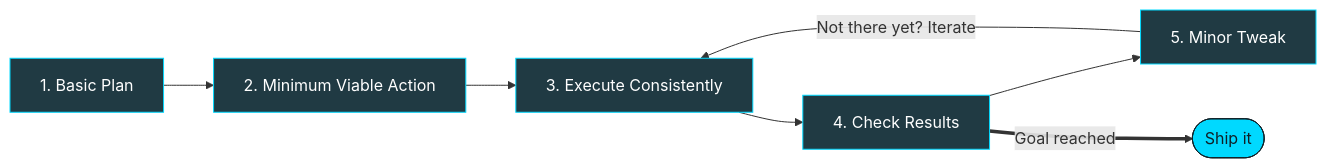
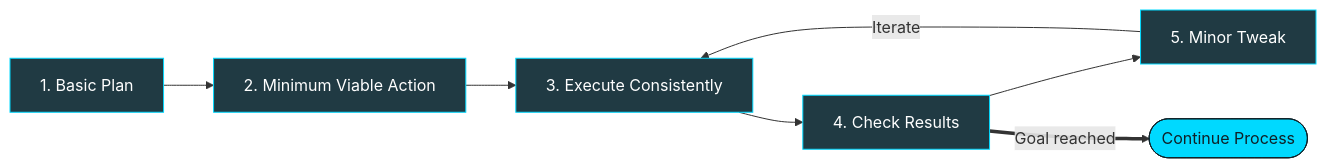
Before and after one commit to PhaneethKumar/PhaneethKumar: the diagram in README.md, drawn with Mermaid.

````diff
--- a/README.md
+++ b/README.md
@@ -42,14 +42,14 @@
 ```mermaid
 flowchart LR
     A["1. Basic Plan"] --> B["2. Minimum Viable Action"]
     B --> C["3. Execute Consistently"]
     C --> D["4. Check Results"]
     D --> E["5. Minor Tweak"]
-    E -->|"Not there yet? Iterate"| C
-    D ==>|"Goal reached"| F(["Ship it"])
+    E -->|"Iterate"| C
+    D ==>|"Goal reached"| F(["Continue Process"])
 
     classDef step fill:#203a43,stroke:#00D9FF,color:#ffffff
     classDef done fill:#00D9FF,stroke:#0f2027,color:#0f2027
     class A,B,C,D,E step
     class F done
 ```
````
